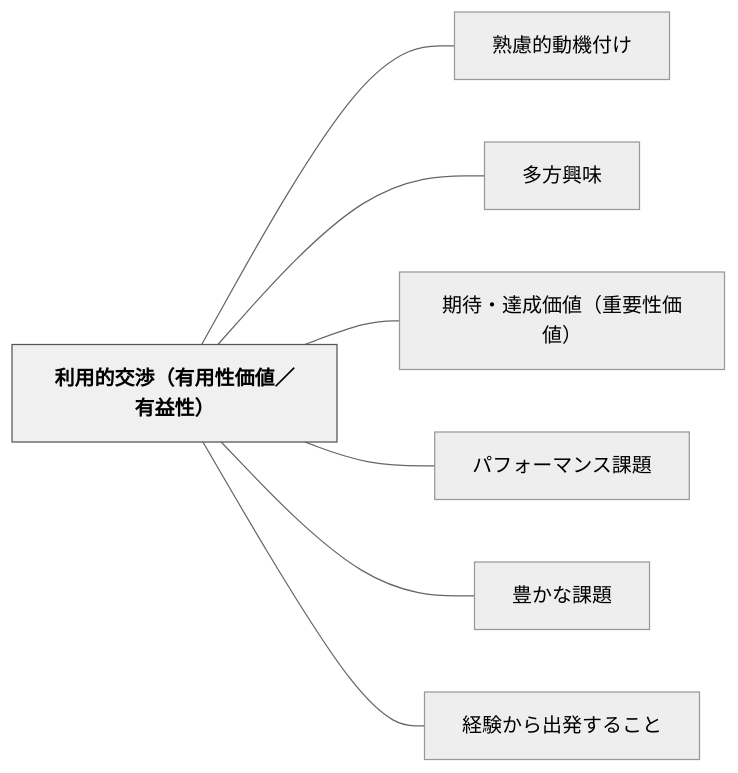
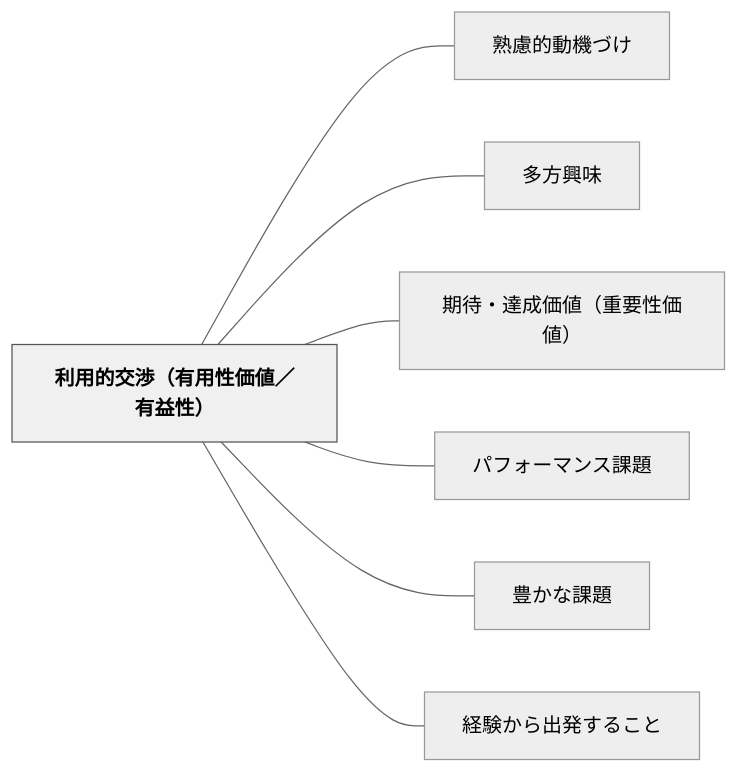
The diagram in content/パタン/利用的交渉（有用性価値／有益性）.md (unknownthings-ed-patterns/unknownthings-ed-patterns), drawn with Mermaid (neutral theme) before and after one commit. The commit also changed other lines of this file and 234 other files, not shown here.

````diff
--- a/content/パタン/利用的交渉（有用性価値／有益性）.md
+++ b/content/パタン/利用的交渉（有用性価値／有益性）.md
@@ -39,20 +39,20 @@
 ```mermaid
 flowchart LR
     ne588a9e794a8e79a84e4baa4e6b889efbc88e69c89e794a8e680a7e4bea1e580a4efbc8fe69c89e79b8ae680a7efbc89["利用的交渉（有用性価値／有益性）"]
-    ne7869fe685aee79a84e58b95e6a99fe4bb98e38191["熟慮的動機付け"]
+    ne7869fe685aee79a84e58b95e6a99fe381a5e38191["熟慮的動機づけ"]
     ne5a49ae696b9e88888e591b3["多方興味"]
     ne69c9fe5be85e383bbe98194e68890e4bea1e580a4efbc88e9878de8a681e680a7e4bea1e580a4efbc89["期待・達成価値（重要性価値）"]
     ne38391e38395e382a9e383bce3839ee383b3e382b9e8aab2e9a18c["パフォーマンス課題"]
     ne8b18ae3818be381aae8aab2e9a18c["豊かな課題"]
     ne7b58ce9a893e3818be38289e587bae799bae38199e3828be38193e381a8["経験から出発すること"]
 
-    ne588a9e794a8e79a84e4baa4e6b889efbc88e69c89e794a8e680a7e4bea1e580a4efbc8fe69c89e79b8ae680a7efbc89 --- ne7869fe685aee79a84e58b95e6a99fe4bb98e38191
+    ne588a9e794a8e79a84e4baa4e6b889efbc88e69c89e794a8e680a7e4bea1e580a4efbc8fe69c89e79b8ae680a7efbc89 --- ne7869fe685aee79a84e58b95e6a99fe381a5e38191
     ne588a9e794a8e79a84e4baa4e6b889efbc88e69c89e794a8e680a7e4bea1e580a4efbc8fe69c89e79b8ae680a7efbc89 --- ne5a49ae696b9e88888e591b3
     ne588a9e794a8e79a84e4baa4e6b889efbc88e69c89e794a8e680a7e4bea1e580a4efbc8fe69c89e79b8ae680a7efbc89 --- ne69c9fe5be85e383bbe98194e68890e4bea1e580a4efbc88e9878de8a681e680a7e4bea1e580a4efbc89
     ne588a9e794a8e79a84e4baa4e6b889efbc88e69c89e794a8e680a7e4bea1e580a4efbc8fe69c89e79b8ae680a7efbc89 --- ne38391e38395e382a9e383bce3839ee383b3e382b9e8aab2e9a18c
     ne588a9e794a8e79a84e4baa4e6b889efbc88e69c89e794a8e680a7e4bea1e580a4efbc8fe69c89e79b8ae680a7efbc89 --- ne8b18ae3818be381aae8aab2e9a18c
     ne588a9e794a8e79a84e4baa4e6b889efbc88e69c89e794a8e680a7e4bea1e580a4efbc8fe69c89e79b8ae680a7efbc89 --- ne7b58ce9a893e3818be38289e587bae799bae38199e3828be38193e381a8
 
     classDef hub fill:#f0f0f0,stroke:#555,color:#000,font-weight:bold
     class ne588a9e794a8e79a84e4baa4e6b889efbc88e69c89e794a8e680a7e4bea1e580a4efbc8fe69c89e79b8ae680a7efbc89 hub
 ```
````
